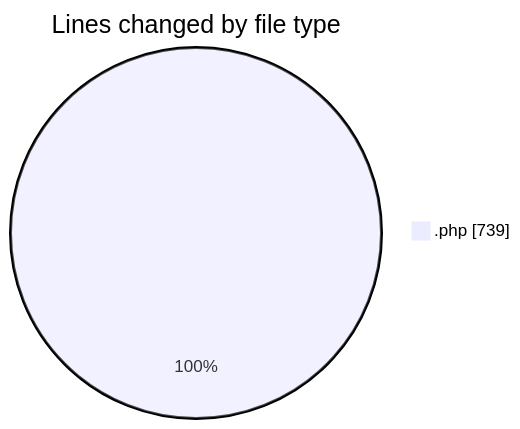
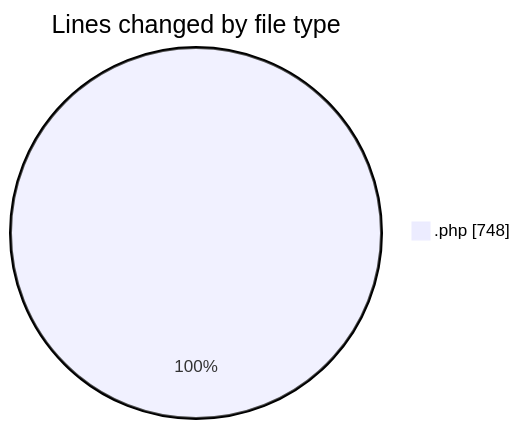
The first of 2 diagrams in 2025-06-23/studio-backend/README.md (idhammustaqopulfikri/code-tracking), drawn with Mermaid before and after one commit. The commit also changed other lines of this file and 1 other file, not shown here.

````diff
--- a/2025-06-23/studio-backend/README.md
+++ b/2025-06-23/studio-backend/README.md
@@ -20,5 +20,5 @@
 ```mermaid
 pie showData
 title Lines changed by file type
-".php" : 739
+".php" : 748
 ```
````
